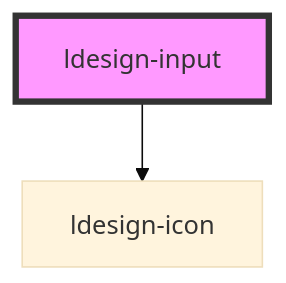
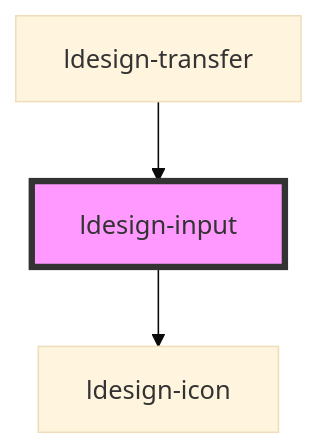
The diagram in packages/webcomponent/src/components/input/readme.md (poly1603/ldesign), drawn with Mermaid (base theme) before and after one commit. The commit also changed other lines of this file and 75 other files, not shown here.

````diff
--- a/packages/webcomponent/src/components/input/readme.md
+++ b/packages/webcomponent/src/components/input/readme.md
@@ -55,5 +59,6 @@
 ```mermaid
 graph TD;
   ldesign-input --> ldesign-icon
+  ldesign-transfer --> ldesign-input
   style ldesign-input fill:#f9f,stroke:#333,stroke-width:4px
 ```
````
